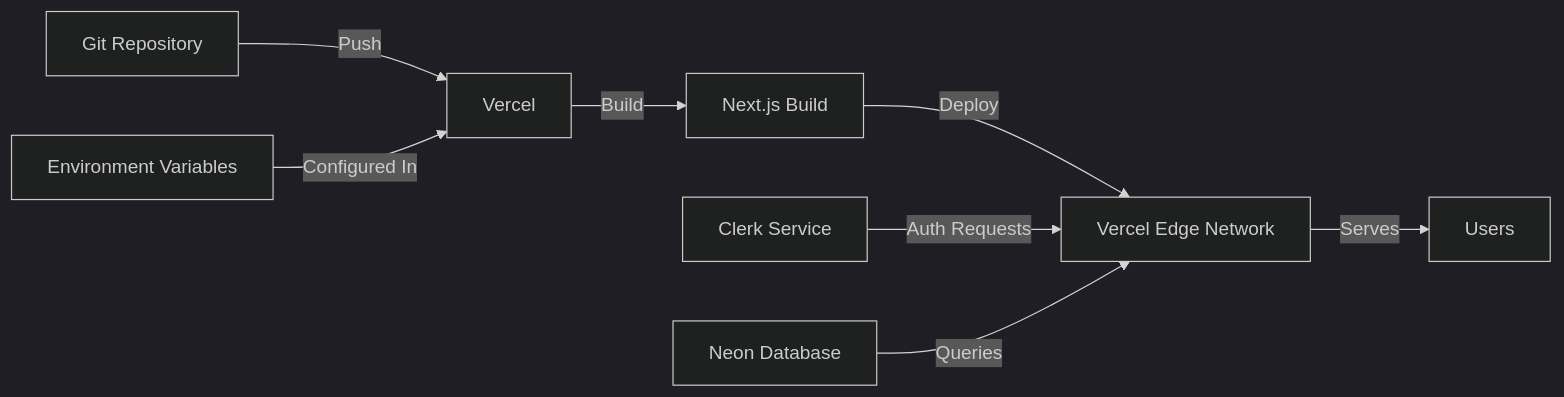
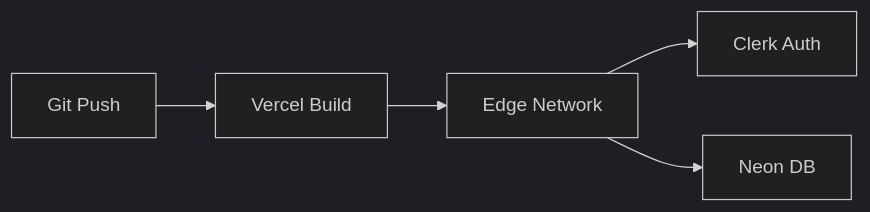
The second of 2 diagrams in docs/ARCHITECTURE.md (timyousaf/timtracker2), drawn with Mermaid (dark theme) before and after one commit. The commit also changed other lines of this file and 8 other files, not shown here.

````diff
--- a/docs/ARCHITECTURE.md
+++ b/docs/ARCHITECTURE.md
@@ -112,11 +38,7 @@
 ```mermaid
 graph LR
-    A[Git Repository] -->|Push| B[Vercel]
-    B -->|Build| C[Next.js Build]
-    C -->|Deploy| D[Vercel Edge Network]
-    D -->|Serves| E[Users]
-    
-    F[Environment Variables] -->|Configured In| B
-    G[Clerk Service] -->|Auth Requests| D
-    H[Neon Database] -->|Queries| D
+    A[Git Push] --> B[Vercel Build]
+    B --> C[Edge Network]
+    C --> D[Clerk Auth]
+    C --> E[Neon DB]
 ```
````
